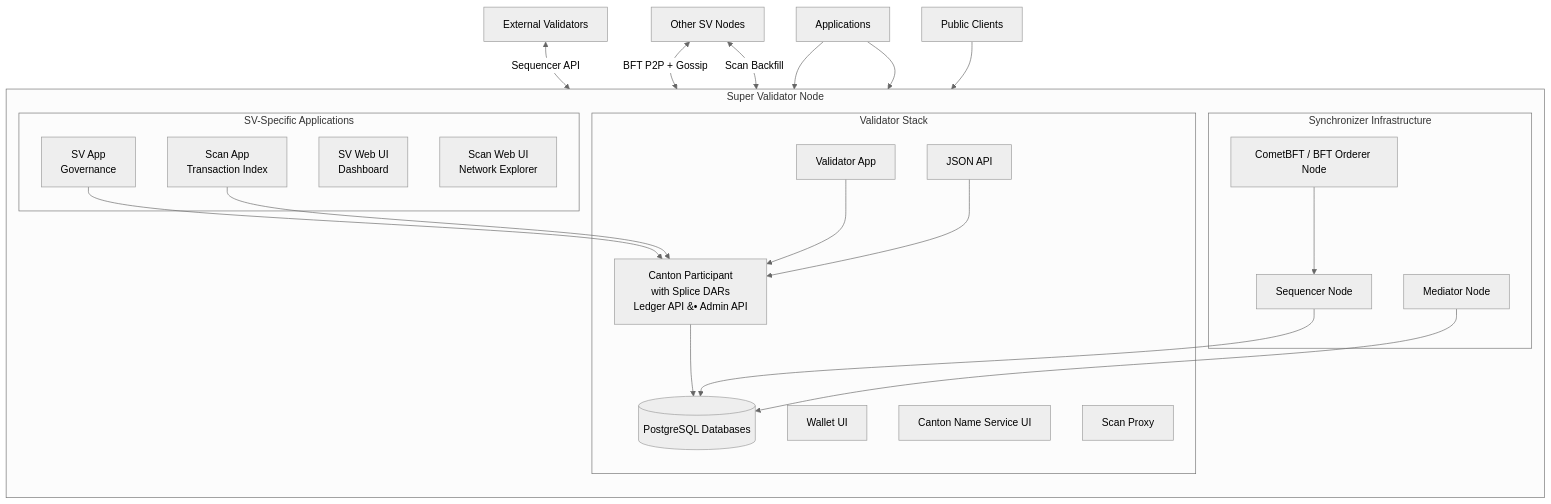
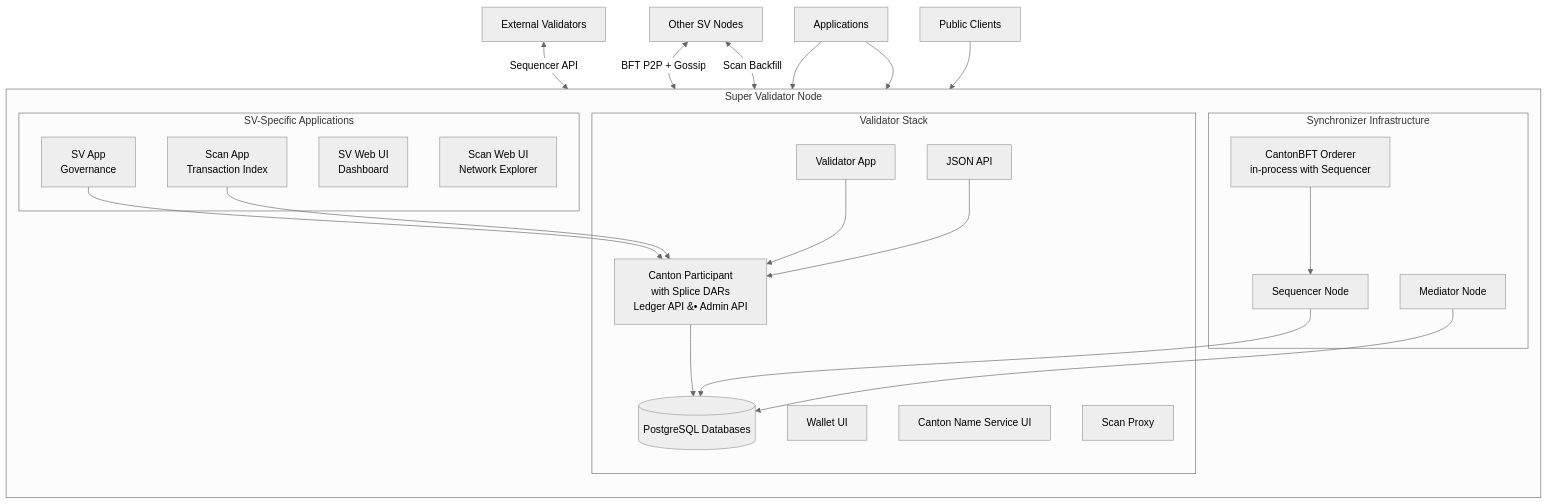
One commit to canton-network/cf-docs changed the diagram in docs-main/overview/reference/super-validator-components.mdx. Above: the diagram before and after it, drawn with Mermaid (neutral theme). The commit also changed other lines of this file and 38 other files, not shown here.

First line of the commit message:
Remove CometBFT from docs

````diff
--- a/docs-main/overview/reference/super-validator-components.mdx
+++ b/docs-main/overview/reference/super-validator-components.mdx
@@ -12,45 +12,45 @@
 ```mermaid
 flowchart TB
     subgraph SV["Super Validator Node"]
         direction TB
 
         subgraph SVApps["SV-Specific Applications"]
             SVAPP[SV App<br>Governance]
             SVUI[SV Web UI<br>Dashboard]
             SCANAPP[Scan App<br>Transaction Index]
             SCANUI[Scan Web UI<br>Network Explorer]
         end
 
         subgraph SyncInfra["Synchronizer Infrastructure"]
             SEQ[Sequencer Node]
             MED[Mediator Node]
-            BFT[CometBFT / BFT Orderer Node]
+            BFT[CantonBFT Orderer<br>in-process with Sequencer]
         end
 
         subgraph ValStack["Validator Stack"]
             VALAPP[Validator App]
             WALLET[Wallet UI]
             CNSUI[Canton Name Service UI]
             PART[Canton Participant<br>with Splice DARs<br>Ledger API &#8226; Admin API]
             JAPI[JSON API]
             SCANPROXY[Scan Proxy]
             DB[(PostgreSQL Databases)]
         end
 
         SVAPP --> PART
         SCANAPP --> PART
         VALAPP --> PART
         PART --> DB
         SEQ --> DB
         MED --> DB
         BFT --> SEQ
         JAPI --> PART
     end
 
     ExtVal[External Validators] <-->|Sequencer API| SEQ
     OtherSV[Other SV Nodes] <-->|BFT P2P + Gossip| BFT
     OtherSV <-->|Scan Backfill| SCANAPP
     Apps[Applications] --> PART
     Apps --> JAPI
     Public[Public Clients] --> SCANAPP
 ```
````
